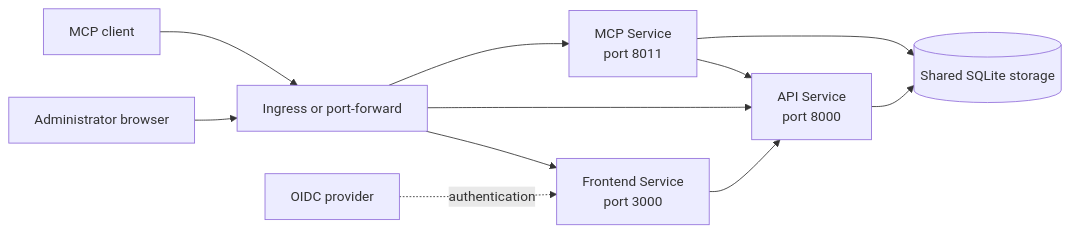
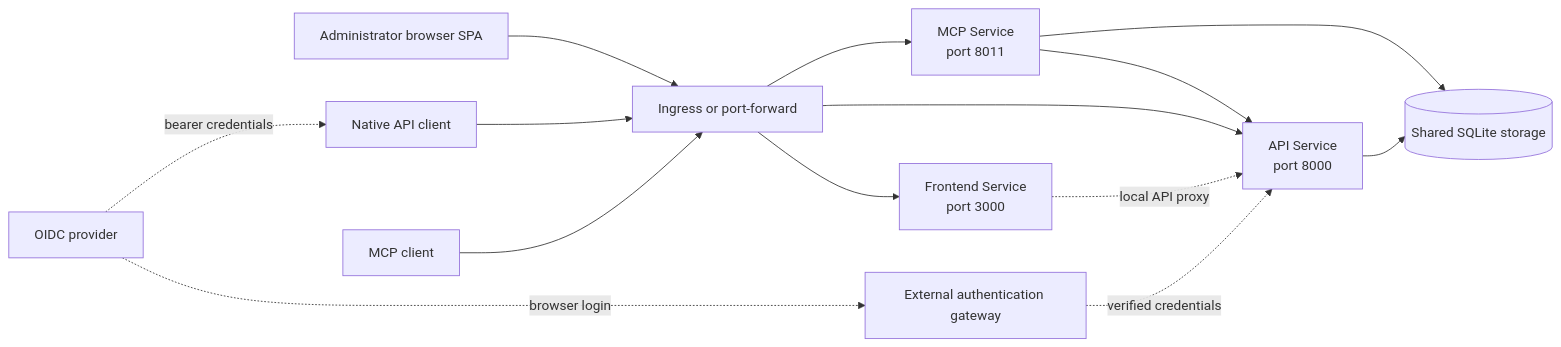
The diagram in umbod/docs/operations/service-topology.md (computerlovetech/umbod), drawn with Mermaid before and after one commit. The commit also changed other lines of this file and 197 other files, not shown here.

Commit message:
moved from BFF to SPA architecture

````diff
--- a/umbod/docs/operations/service-topology.md
+++ b/umbod/docs/operations/service-topology.md
@@ -5,13 +5,16 @@
 ```mermaid
 flowchart LR
-    Admin[Administrator browser] --> Ingress[Ingress or port-forward]
+    Admin[Administrator browser SPA] --> Ingress[Ingress or port-forward]
+    Native[Native API client] --> Ingress
     Client[MCP client] --> Ingress
     Ingress --> Frontend[Frontend Service<br/>port 3000]
     Ingress --> API[API Service<br/>port 8000]
     Ingress --> MCP[MCP Service<br/>port 8011]
-    Frontend --> API
+    Frontend -. local API proxy .-> API
     MCP --> API
     API --> Data[(Shared SQLite storage)]
     MCP --> Data
-    Identity[OIDC provider] -. authentication .-> Frontend
+    Identity[OIDC provider] -. browser login .-> Gateway[External authentication gateway]
+    Gateway -. verified credentials .-> API
+    Identity -. bearer credentials .-> Native
 ```
````
